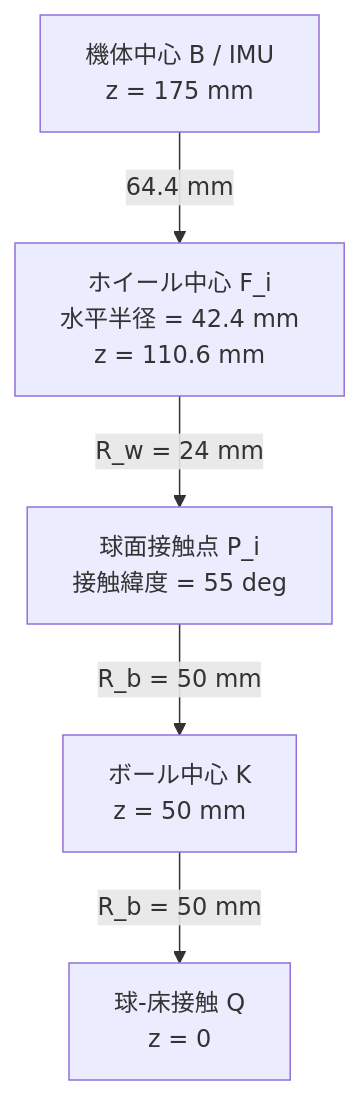
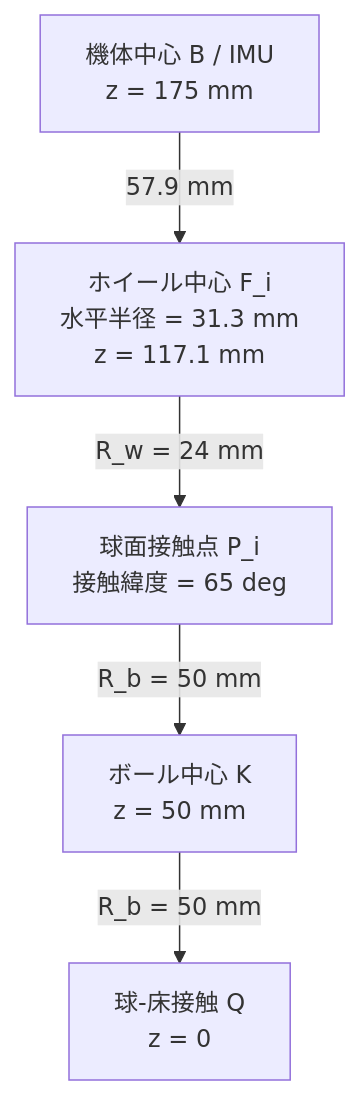
The second of 2 diagrams in specs/hardware_design/mechanism/ball_balancing_omnirover3wd/README.md (nenecchiCV/ball-balancing-omni-rover), drawn with Mermaid before and after one commit. The commit also changed other lines of this file and 20 other files, not shown here.

````diff
--- a/specs/hardware_design/mechanism/ball_balancing_omnirover3wd/README.md
+++ b/specs/hardware_design/mechanism/ball_balancing_omnirover3wd/README.md
@@ -81,12 +76,12 @@
 ```mermaid
 flowchart TB
   B0[機体中心 B / IMU<br/>z = 175 mm]
-  F1[ホイール中心 F_i<br/>水平半径 = 42.4 mm<br/>z = 110.6 mm]
-  P[球面接触点 P_i<br/>接触緯度 = 55 deg]
+  F1[ホイール中心 F_i<br/>水平半径 = 31.3 mm<br/>z = 117.1 mm]
+  P[球面接触点 P_i<br/>接触緯度 = 65 deg]
   K0[ボール中心 K<br/>z = 50 mm]
   Q[球-床接触 Q<br/>z = 0]
-  B0 -->|64.4 mm| F1
+  B0 -->|57.9 mm| F1
   F1 -->|R_w = 24 mm| P
   P -->|R_b = 50 mm| K0
   K0 -->|R_b = 50 mm| Q
 ```
````
